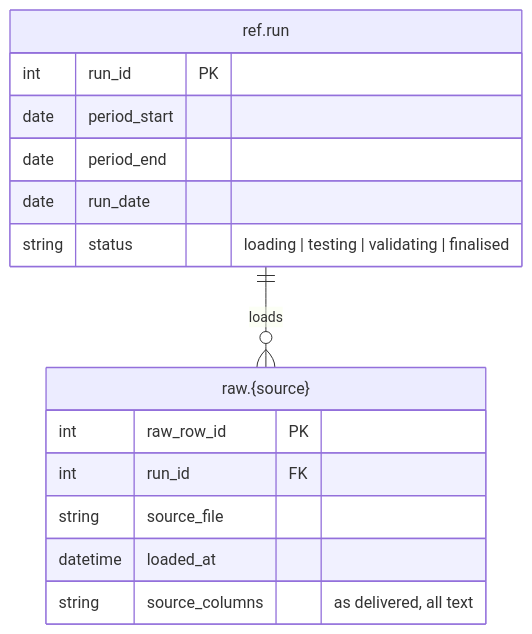
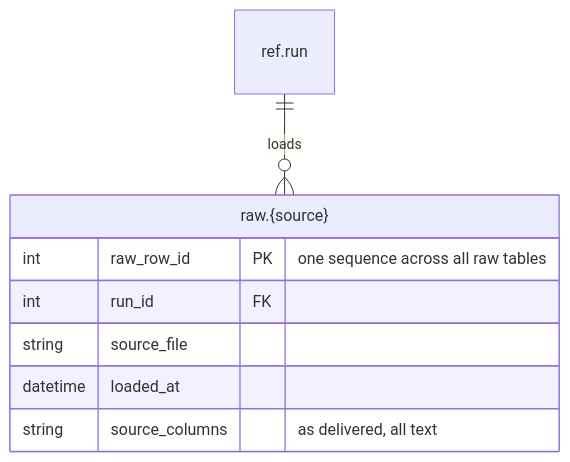
Before and after one commit to Tim-Claessen/contract_compliance_model: the diagram in diagrams/03-raw-data.md, drawn with Mermaid. The commit also changed other lines of this file and 13 other files, not shown here.

````diff
--- a/diagrams/03-raw-data.md
+++ b/diagrams/03-raw-data.md
@@ -5,19 +5,13 @@
 ```mermaid
 erDiagram
   REF_RUN ||--o{ RAW_SOURCE : "loads"
 
-  REF_RUN["ref.run"] {
-    int run_id PK
-    date period_start
-    date period_end
-    date run_date
-    string status "loading | testing | validating | finalised"
-  }
+  REF_RUN["ref.run"]
   RAW_SOURCE["raw.{source}"] {
-    int raw_row_id PK
+    int raw_row_id PK "one sequence across all raw tables"
     int run_id FK
     string source_file
     datetime loaded_at
     string source_columns "as delivered, all text"
   }
 ```
````
